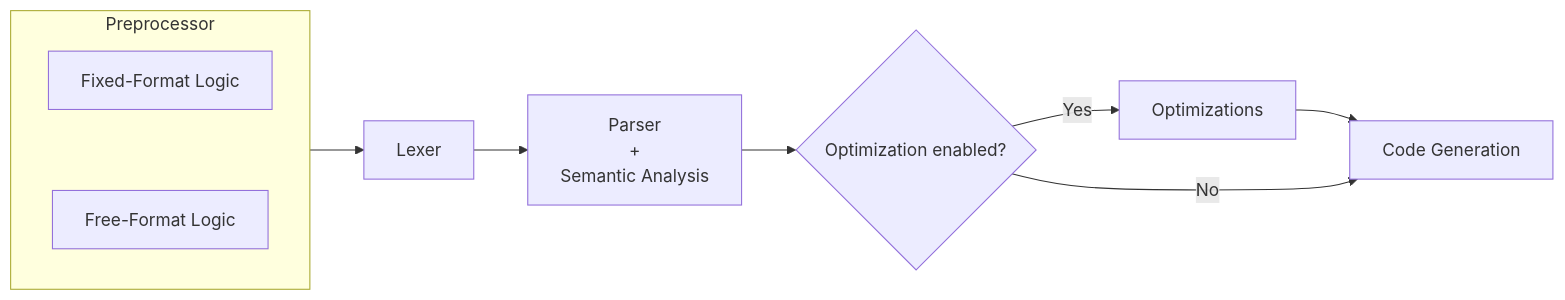
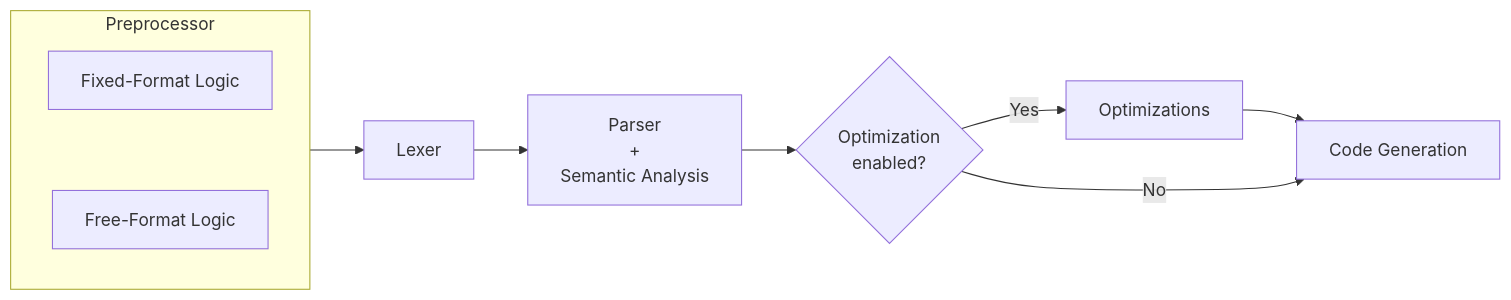
The diagram in README.md (migueltc13/project-LP), drawn with Mermaid before and after one commit.

Commit message:
docs(README.md): update "Compiler Pipeline Overview"

````diff
--- a/README.md
+++ b/README.md
@@ -44,25 +44,26 @@
 ```mermaid
 graph LR
     %% Modules
     subgraph PRE[Preprocessor]
         direction TB
         P_FIXED[Fixed-Format Logic]
         P_FREE[Free-Format Logic]
         P_FIXED ~~~ P_FREE
     end
     LEX[Lexer]
     PARSER["Parser
             +
             Semantic Analysis"]
-    DECIDE{"Optimization enabled?"}
+    DECIDE{"Optimization
+            enabled?"}
     OPT[Optimizations]
     GEN[Code Generation]
 
     %% Connections
     PRE      --> LEX
     LEX      --> PARSER
     PARSER   --> DECIDE
     DECIDE   -->|"Yes"| OPT
     OPT      --> GEN
     DECIDE   -->|"No"| GEN
 ```
````
